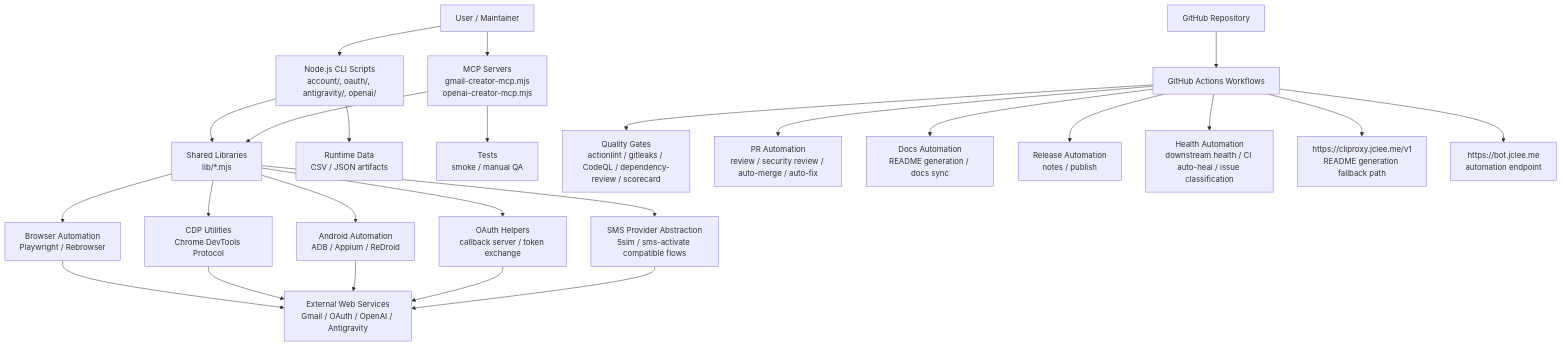
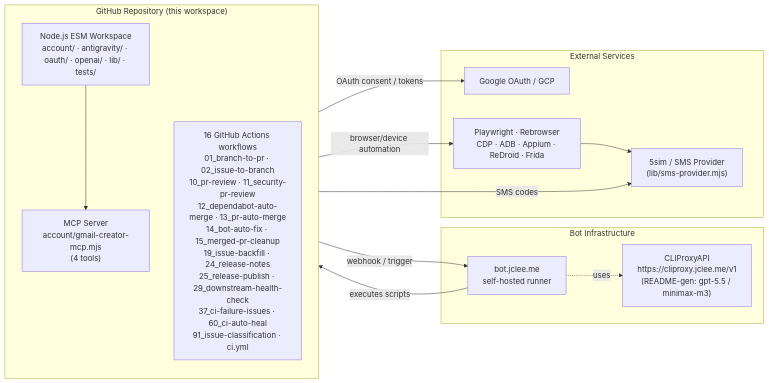
One commit to jclee941/account changed the diagram in README.md. Above: the diagram before and after it, drawn with Mermaid. The commit also changed other lines of this file, not shown here.

Commit message:
docs: auto-update README.md (#345)

````diff
--- a/README.md
+++ b/README.md
@@ -84,33 +69,29 @@
 ```mermaid
-flowchart TD
-    User["User / Maintainer"] --> CLI["Node.js CLI Scripts<br/>account/, oauth/, antigravity/, openai/"]
-    User --> MCP["MCP Servers<br/>gmail-creator-mcp.mjs<br/>openai-creator-mcp.mjs"]
+flowchart LR
+    subgraph Repo["GitHub Repository (this workspace)"]
+        direction TB
+        Code["Node.js ESM Workspace<br/>account/ &middot; antigravity/ &middot; oauth/ &middot; openai/ &middot; lib/ &middot; tests/"]
+        MCP["MCP Server<br/>account/gmail-creator-mcp.mjs<br/>(4 tools)"]
+        WF["16 GitHub Actions workflows<br/>01_branch-to-pr &middot; 02_issue-to-branch<br/>10_pr-review &middot; 11_security-pr-review<br/>12_dependabot-auto-merge &middot; 13_pr-auto-merge<br/>14_bot-auto-fix &middot; 15_merged-pr-cleanup<br/>19_issue-backfill &middot; 24_release-notes<br/>25_release-publish &middot; 29_downstream-health-check<br/>37_ci-failure-issues &middot; 60_ci-auto-heal<br/>91_issue-classification &middot; ci.yml"]
+    end
 
-    CLI --> Shared["Shared Libraries<br/>lib/*.mjs"]
-    MCP --> Shared
+    subgraph BotInfra["Bot Infrastructure"]
+        Bot["bot.jclee.me<br/>self-hosted runner"]
+        Proxy["CLIProxyAPI<br/>https://cliproxy.jclee.me/v1<br/>(README-gen: gpt-5.5 / minimax-m3)"]
+    end
 
-    Shared --> Browser["Browser Automation<br/>Playwright / Rebrowser"]
-    Shared --> CDP["CDP Utilities<br/>Chrome DevTools Protocol"]
-    Shared --> Android["Android Automation<br/>ADB / Appium / ReDroid"]
-    Shared --> OAuth["OAuth Helpers<br/>callback server / token exchange"]
-    Shared --> SMS["SMS Provider Abstraction<br/>5sim / sms-activate compatible flows"]
+    subgraph External["External Services"]
+        GCP["Google OAuth / GCP"]
+        SMS["5sim / SMS Provider<br/>(lib/sms-provider.mjs)"]
+        Dev["Playwright &middot; Rebrowser<br/>CDP &middot; ADB &middot; Appium &middot; ReDroid &middot; Frida"]
+    end
 
-    Browser --> Services["External Web Services<br/>Gmail / OAuth / OpenAI / Antigravity"]
-    CDP --> Services
-    Android --> Services
-    OAuth --> Services
-    SMS --> Services
-
-    CLI --> Data["Runtime Data<br/>CSV / JSON artifacts"]
-    MCP --> Tests["Tests<br/>smoke / manual QA"]
-
-    Repo["GitHub Repository"] --> Actions["GitHub Actions Workflows"]
-    Actions --> Quality["Quality Gates<br/>actionlint / gitleaks / CodeQL / dependency-review / scorecard"]
-    Actions --> PRBot["PR Automation<br/>review / security review / auto-merge / auto-fix"]
-    Actions --> Docs["Docs Automation<br/>README generation / docs sync"]
-    Actions --> Release["Release Automation<br/>notes / publish"]
-    Actions --> Health["Health Automation<br/>downstream health / CI auto-heal / issue classification"]
-
-    Actions --> CLIProxy["https://cliproxy.jclee.me/v1<br/>README generation fallback path"]
-    Actions --> BotEndpoint["https://bot.jclee.me<br/>automation endpoint"]
+    WF -->|webhook / trigger| Bot
+    Bot -->|executes scripts| Code
+    Code --> MCP
+    Code -->|browser/device automation| Dev
+    Code -->|SMS codes| SMS
+    Code -->|OAuth consent / tokens| GCP
+    Bot -.uses.-> Proxy
+    Dev --> SMS
 ```
````
